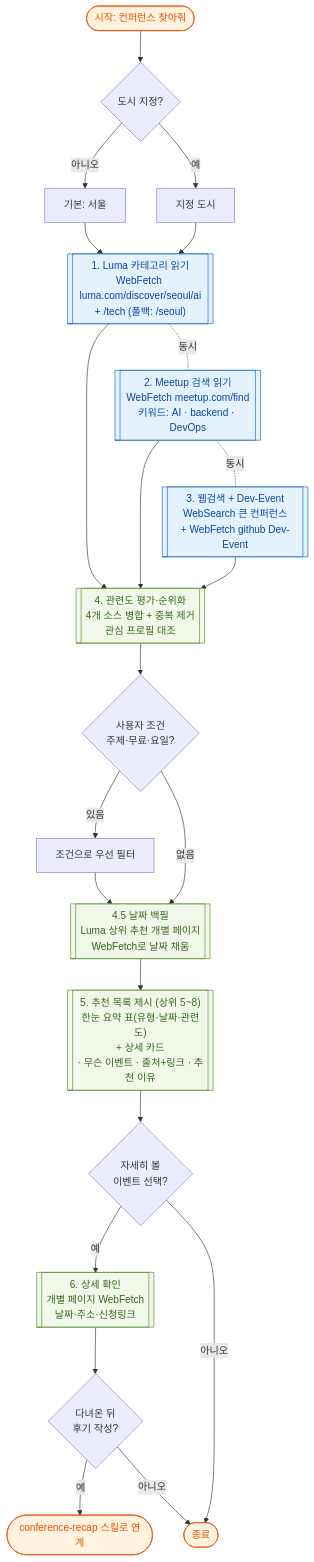
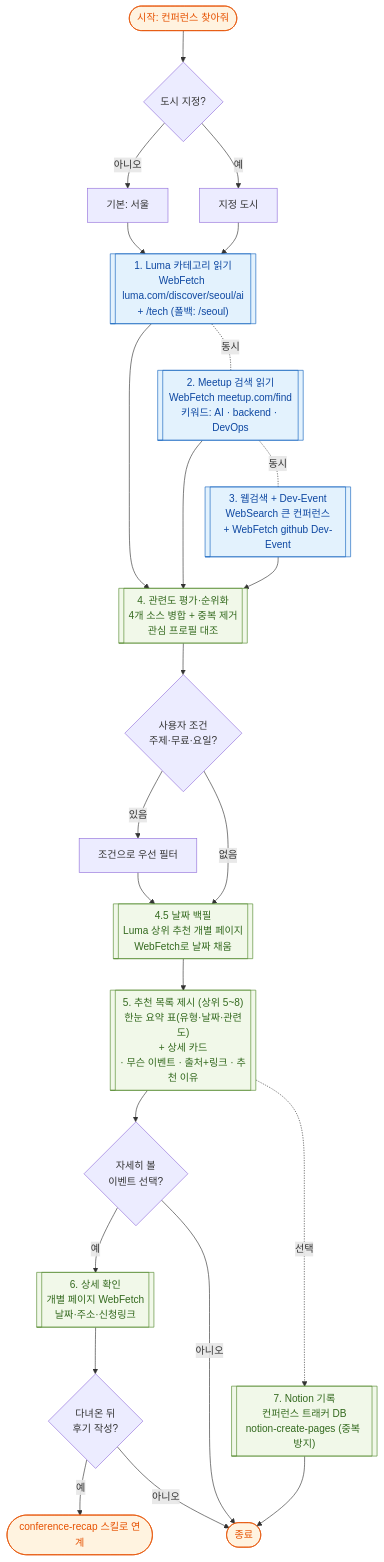
The diagram in plugins/conference-finder/skills/conference-finder/FLOW.md (siontext/zion_market), drawn with Mermaid before and after one commit. The commit also changed 3 other files, not shown here.

````diff
--- a/plugins/conference-finder/skills/conference-finder/FLOW.md
+++ b/plugins/conference-finder/skills/conference-finder/FLOW.md
@@ -1,36 +1,38 @@
 ```mermaid
 flowchart TD
     A([시작: 컨퍼런스 찾아줘]) --> B{도시 지정?}
     B -- 아니오 --> C[기본: 서울]
     B -- 예 --> C2[지정 도시]
     C --> D
     C2 --> D
 
     D[["1. Luma 카테고리 읽기<br/>WebFetch luma.com/discover/seoul/ai<br/>+ /tech (폴백: /seoul)"]] --> F
     E[["2. Meetup 검색 읽기<br/>WebFetch meetup.com/find<br/>키워드: AI · backend · DevOps"]] --> F
     W[["3. 웹검색 + Dev-Event<br/>WebSearch 큰 컨퍼런스<br/>+ WebFetch github Dev-Event"]] --> F
     D -.동시.- E
     E -.동시.- W
 
     F[["4. 관련도 평가·순위화<br/>4개 소스 병합 + 중복 제거<br/>관심 프로필 대조"]] --> G{"사용자 조건<br/>주제·무료·요일?"}
     G -- 있음 --> H[조건으로 우선 필터]
     G -- 없음 --> J
     H --> J
 
     J[["4.5 날짜 백필<br/>Luma 상위 추천 개별 페이지<br/>WebFetch로 날짜 채움"]] --> K
 
     K[["5. 추천 목록 제시 (상위 5~8)<br/>한눈 요약 표(유형·날짜·관련도)<br/>+ 상세 카드<br/>· 무슨 이벤트 · 출처+링크 · 추천 이유"]] --> L{자세히 볼<br/>이벤트 선택?}
+    K -.선택.-> R[["7. Notion 기록<br/>컨퍼런스 트래커 DB<br/>notion-create-pages (중복 방지)"]]
+    R --> N
 
     L -- 예 --> M[["6. 상세 확인<br/>개별 페이지 WebFetch<br/>날짜·주소·신청링크"]]
     L -- 아니오 --> N([종료])
     M --> O{다녀온 뒤<br/>후기 작성?}
     O -- 예 --> P([conference-recap 스킬로 연계])
     O -- 아니오 --> N
 
     classDef src fill:#e3f2fd,stroke:#1565c0,color:#0d47a1;
     classDef step fill:#f1f8e9,stroke:#558b2f,color:#33691e;
     classDef done fill:#fff3e0,stroke:#e65100,color:#e65100;
     class D,E,W src;
-    class F,J,K,M step;
+    class F,J,K,M,R step;
     class A,N,P done;
 ```
````
